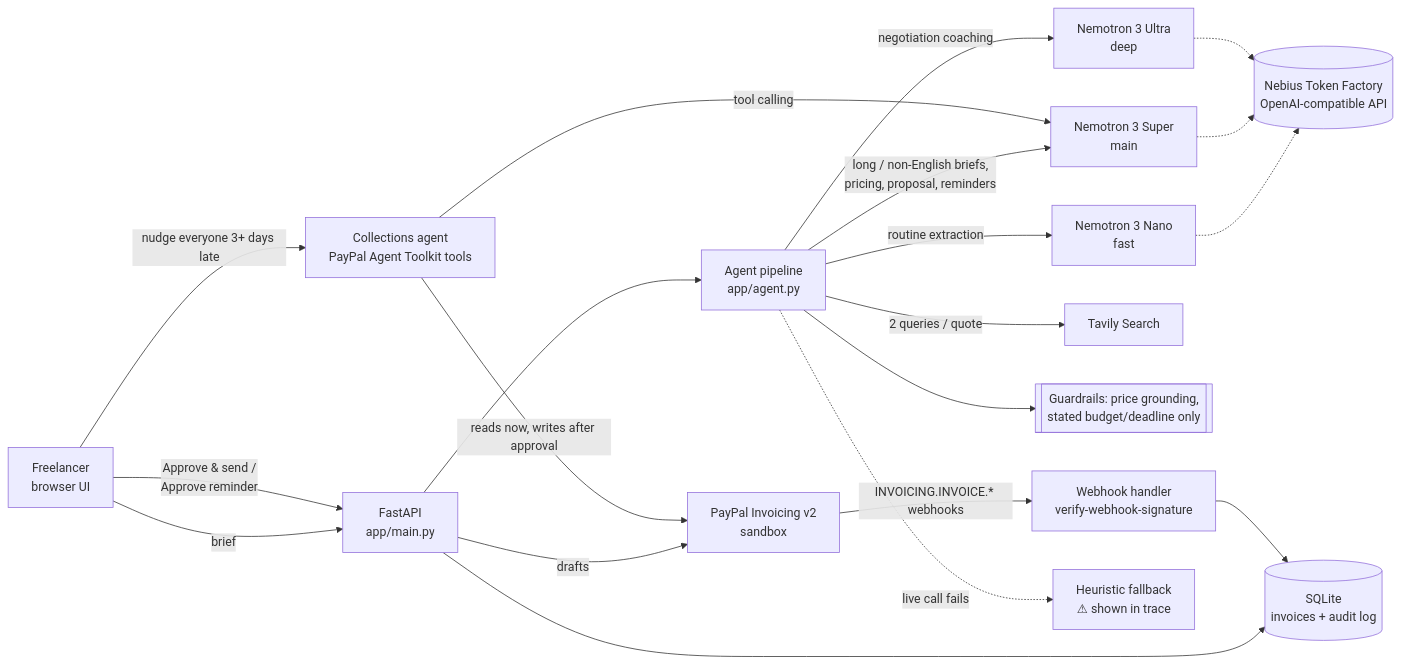
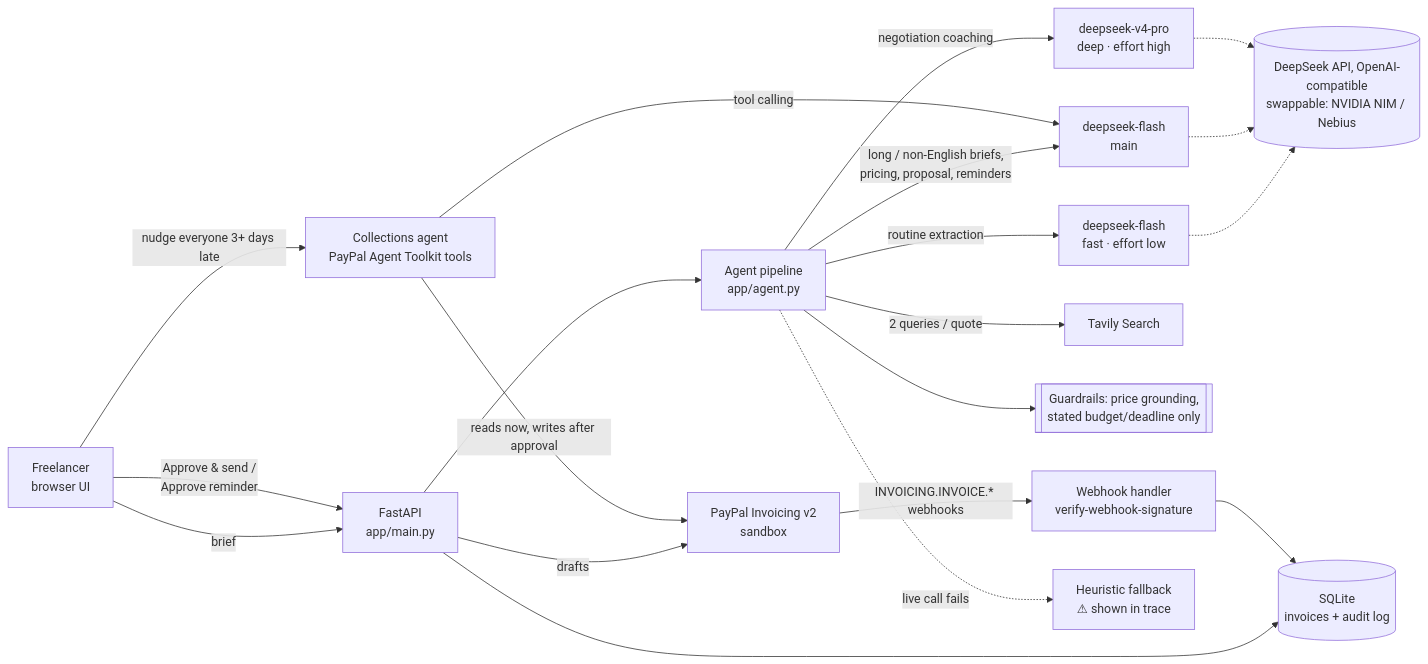
The diagram in README.md (552135371/scope2cash), drawn with Mermaid before and after one commit. The commit also changed other lines of this file and 24 other files, not shown here.

First line of the commit message:
LLM: provider-pluggable OpenAI-compatible client, DeepSeek default; live evals + prompt fixes

````diff
--- a/README.md
+++ b/README.md
@@ -145,20 +159,20 @@
 ```mermaid
 flowchart LR
   U[Freelancer<br/>browser UI] -->|brief| API[FastAPI<br/>app/main.py]
   API --> AG[Agent pipeline<br/>app/agent.py]
-  AG -->|routine extraction| NANO[Nemotron 3 Nano<br/>fast]
-  AG -->|long / non-English briefs,<br/>pricing, proposal, reminders| SUPER[Nemotron 3 Super<br/>main]
-  AG -->|negotiation coaching| ULTRA[Nemotron 3 Ultra<br/>deep]
-  NANO & SUPER & ULTRA -.-> TF[(Nebius Token Factory<br/>OpenAI-compatible API)]
+  AG -->|routine extraction| NANO[deepseek-flash<br/>fast · effort low]
+  AG -->|long / non-English briefs,<br/>pricing, proposal, reminders| SUPER[deepseek-flash<br/>main]
+  AG -->|negotiation coaching| ULTRA[deepseek-v4-pro<br/>deep · effort high]
+  NANO & SUPER & ULTRA -.-> TF[(DeepSeek API, OpenAI-compatible<br/>swappable: NVIDIA NIM / Nebius)]
   AG -->|2 queries / quote| TAV[Tavily Search]
   AG --> GR[[Guardrails: price grounding,<br/>stated budget/deadline only]]
   API -->|drafts| PP[PayPal Invoicing v2<br/>sandbox]
   U -->|Approve & send /<br/>Approve reminder| API
   API --> DB[(SQLite<br/>invoices + audit log)]
   PP -->|INVOICING.INVOICE.* webhooks| WH[Webhook handler<br/>verify-webhook-signature]
   WH --> DB
   U -->|"nudge everyone 3+ days late"| CA[Collections agent<br/>PayPal Agent Toolkit tools]
   CA -->|tool calling| SUPER
   CA -->|reads now, writes after approval| PP
   AG -. live call fails .-> FB[Heuristic fallback<br/>⚠ shown in trace]
 ```
````
